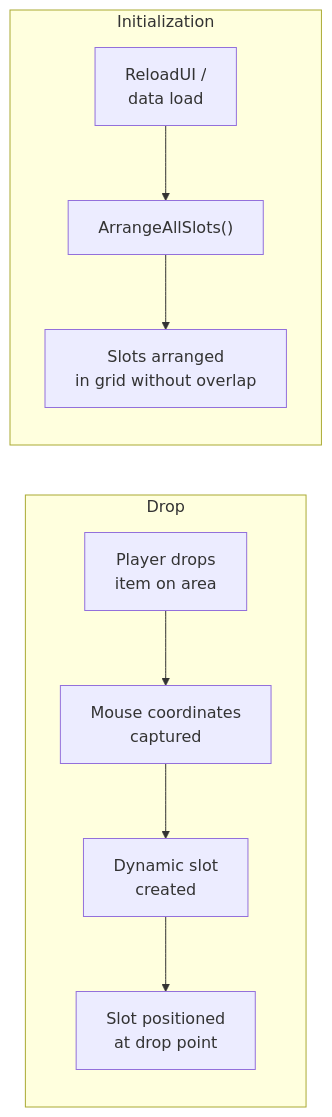
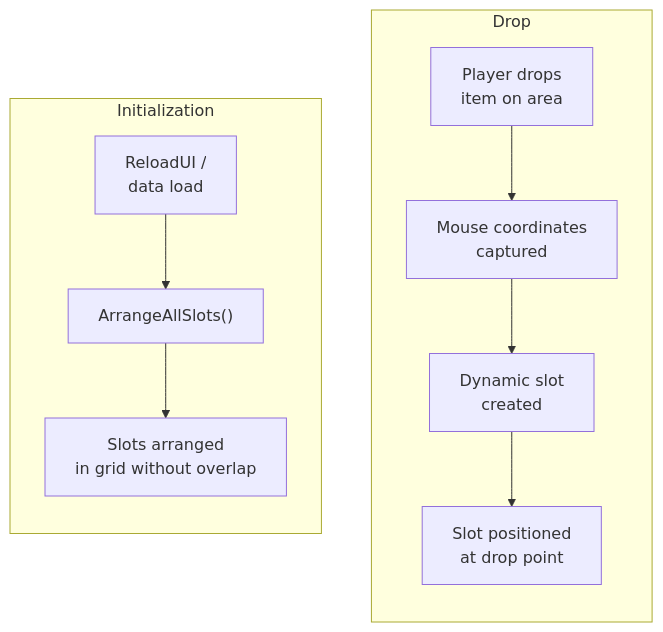
Before and after one commit to SergeevSergey99/DragAndDropSystem-Docs: the first of 2 diagrams in .docs/content/systems/free-form-layout.en.md, drawn with Mermaid. The commit also changed 1 other file, not shown here.

Commit message:
доки

````diff
--- a/.docs/content/systems/free-form-layout.en.md
+++ b/.docs/content/systems/free-form-layout.en.md
@@ -9,13 +9,15 @@
 ```mermaid
 flowchart LR
+    subgraph Initialization
+        E["ReloadUI /\ndata load"] --> F["ArrangeAllSlots()"]
+        F --> G["Slots arranged\nin grid without overlap"]
+    end
+
     subgraph Drop
         A["Player drops\nitem on area"] --> B["Mouse coordinates\ncaptured"]
         B --> C["Dynamic slot\ncreated"]
         C --> D["Slot positioned\nat drop point"]
     end
 
-    subgraph Initialization
-        E["ReloadUI /\ndata load"] --> F["ArrangeAllSlots()"]
-        F --> G["Slots arranged\nin grid without overlap"]
-    end
+    Initialization ~~~ Drop
 ```
````
